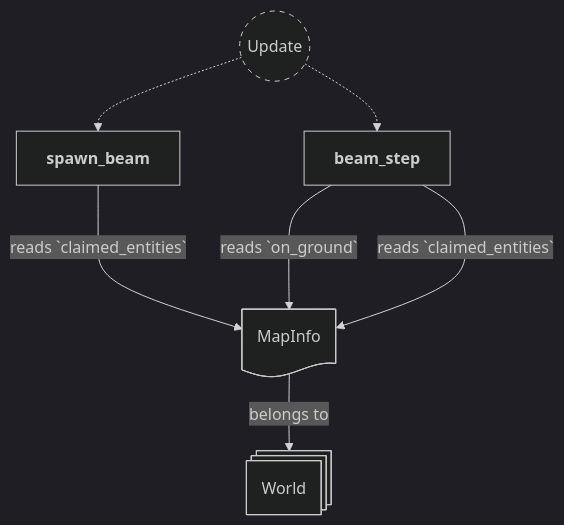
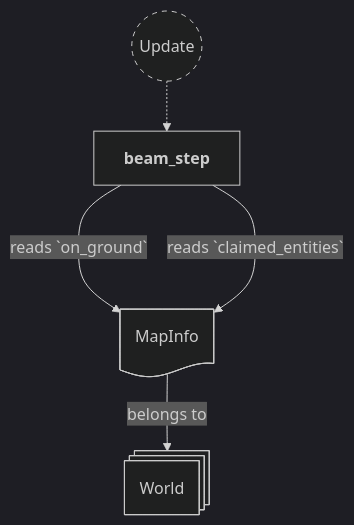
One commit to neurosoup/tyled changed the fourth of 14 diagrams in backlog/docs/doc-7 - 006-Beam-plugin.md. Above: the diagram before and after it, drawn with Mermaid. The commit also changed other lines of this file and 12 other files, not shown here.

````diff
--- a/backlog/docs/doc-7 - 006-Beam-plugin.md
+++ b/backlog/docs/doc-7 - 006-Beam-plugin.md
@@ -188,25 +190,22 @@
 ```mermaid
 ---
 config:
   theme: dark
 ---
 
 flowchart TD
 classDef system-group stroke-dasharray: 5 5
 
 update(("`Update`")):::system-group
-spawn_beam["`**spawn_beam**`"]
 beam_step["`**beam_step**`"]
 
-update -.-> spawn_beam
 update -.-> beam_step
 
 world@{ shape: st-rect, label: "World" }
 map_info_res@{ shape: doc, label: "MapInfo" }
 
 map_info_res --> |belongs to| world
 
-spawn_beam ---> |reads `claimed_entities`| map_info_res
 beam_step ---> |reads `on_ground`| map_info_res
 beam_step ---> |reads `claimed_entities`| map_info_res
 ```
````
